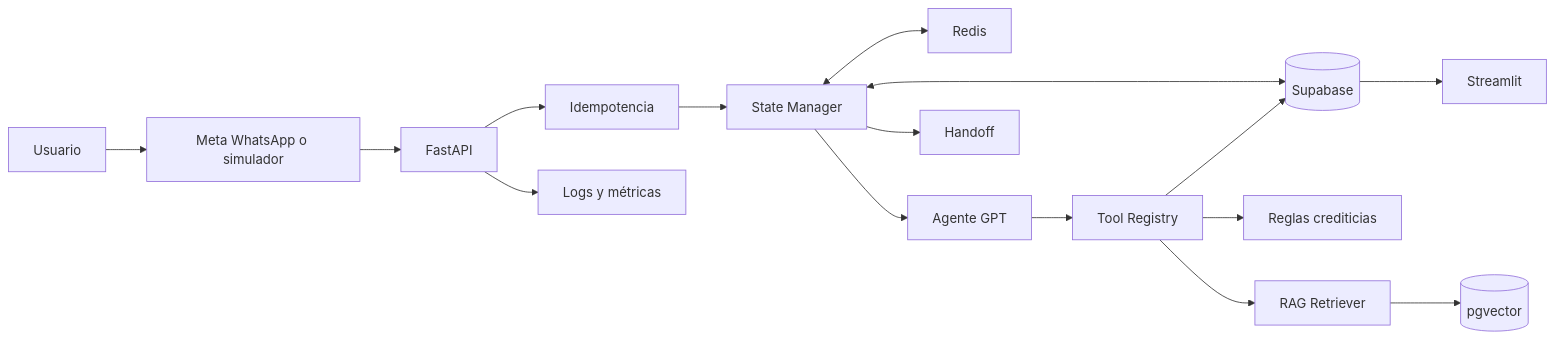
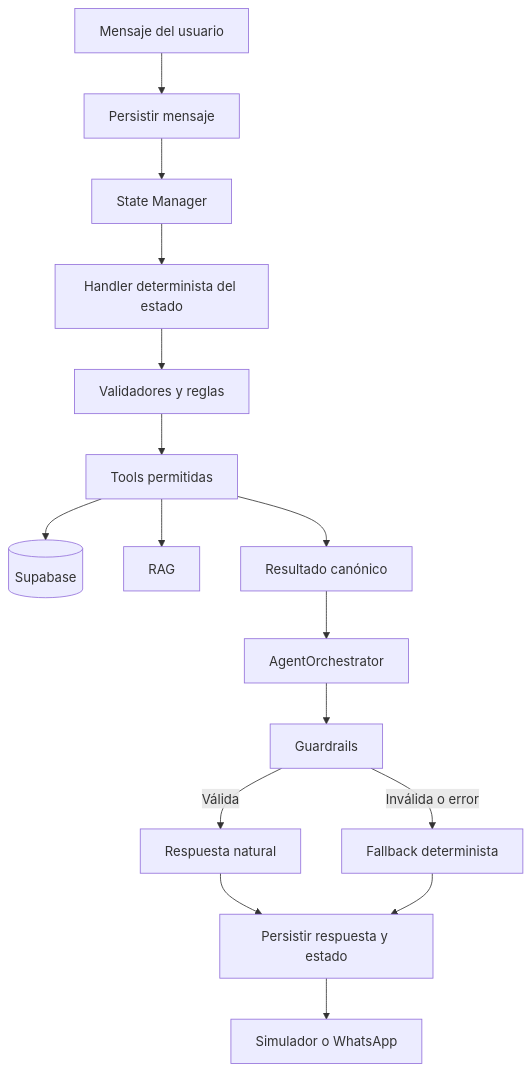
Before and after one commit to CLOG-U/credibot-prueba: the first of 4 diagrams in plan.md, drawn with Mermaid. The commit also changed other lines of this file, not shown here.

```diff
--- a/plan.md
+++ b/plan.md
@@ -116,18 +108,18 @@
 ~~~mermaid
-flowchart LR
-    U[Usuario] --> W[Meta WhatsApp o simulador]
-    W --> API[FastAPI]
-    API --> IDEM[Idempotencia]
-    IDEM --> SM[State Manager]
-    SM <--> REDIS[Redis]
-    SM <--> DB[(Supabase)]
-    SM --> AG[Agente GPT]
-    AG --> TOOLS[Tool Registry]
-    TOOLS --> RULES[Reglas crediticias]
-    TOOLS --> DB
-    TOOLS --> RAG[RAG Retriever]
-    RAG --> VEC[(pgvector)]
-    SM --> HO[Handoff]
-    DB --> DASH[Streamlit]
-    API --> LOG[Logs y métricas]
+flowchart TD
+    U[Mensaje del usuario] --> P[Persistir mensaje]
+    P --> S[State Manager]
+    S --> H[Handler determinista del estado]
+    H --> V[Validadores y reglas]
+    V --> T[Tools permitidas]
+    T --> D[(Supabase)]
+    T --> R[RAG]
+    T --> C[Resultado canónico]
+    C --> A[AgentOrchestrator]
+    A --> G[Guardrails]
+    G -->|Válida| N[Respuesta natural]
+    G -->|Inválida o error| F[Fallback determinista]
+    N --> O[Persistir respuesta y estado]
+    F --> O
+    O --> W[Simulador o WhatsApp]
 ~~~
```
